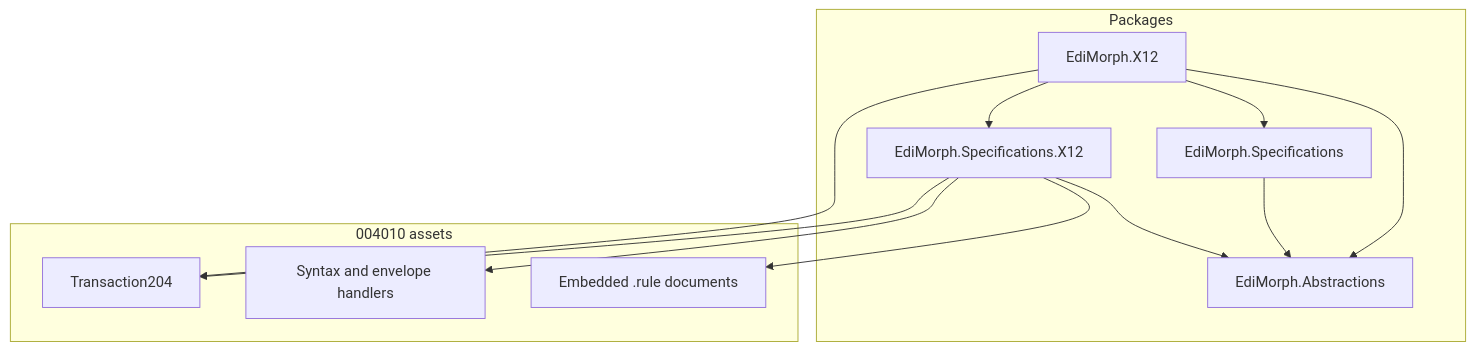
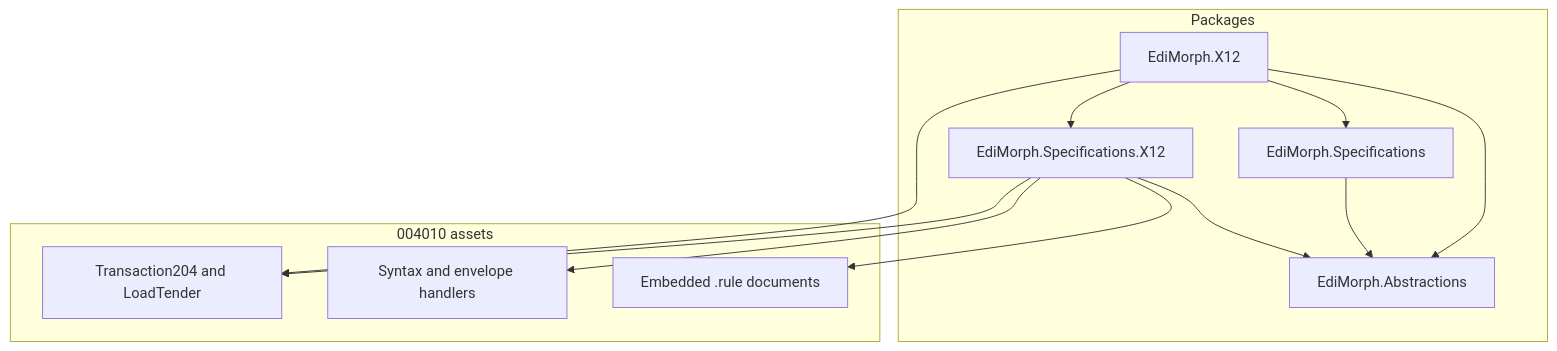
Before and after one commit to TuralSuleymani/EdiMorph: the second of 7 diagrams in README.md, drawn with Mermaid. The commit also changed other lines of this file and 3 other files, not shown here.

First line of the commit message:
Mark the 004010 LoadTender release as 0.2.0.

````diff
--- a/README.md
+++ b/README.md
@@ -74,25 +74,25 @@
 ```mermaid
 flowchart TB
   subgraph packages [Packages]
     Abstractions[EdiMorph.Abstractions]
     Specifications[EdiMorph.Specifications]
     X12Specs[EdiMorph.Specifications.X12]
     X12[EdiMorph.X12]
   end
 
   subgraph assets [004010 assets]
     Rules[Embedded .rule documents]
     Handlers[Syntax and envelope handlers]
-    Model[Transaction204]
+    Model[Transaction204 and LoadTender]
   end
 
   Specifications --> Abstractions
   X12Specs --> Abstractions
   X12 --> Abstractions
   X12 --> Specifications
   X12 --> X12Specs
   X12Specs --> Rules
   X12Specs --> Handlers
   X12Specs --> Model
   X12 --> Model
 ```
````
